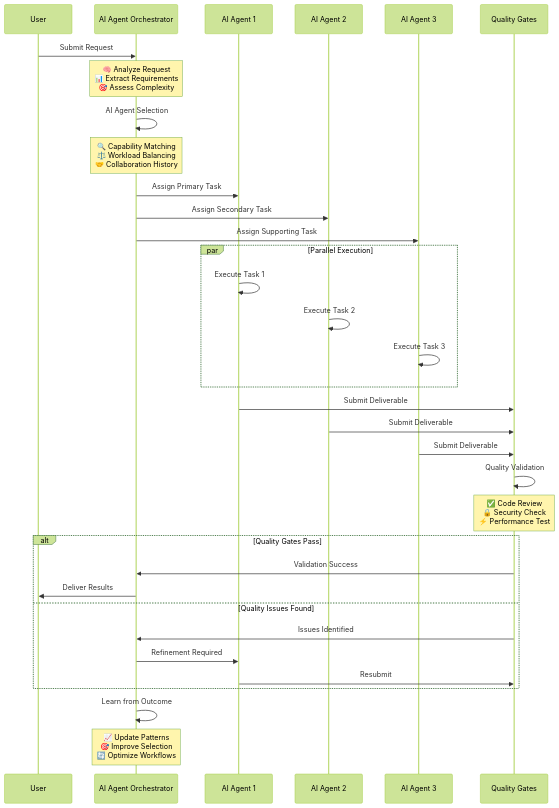
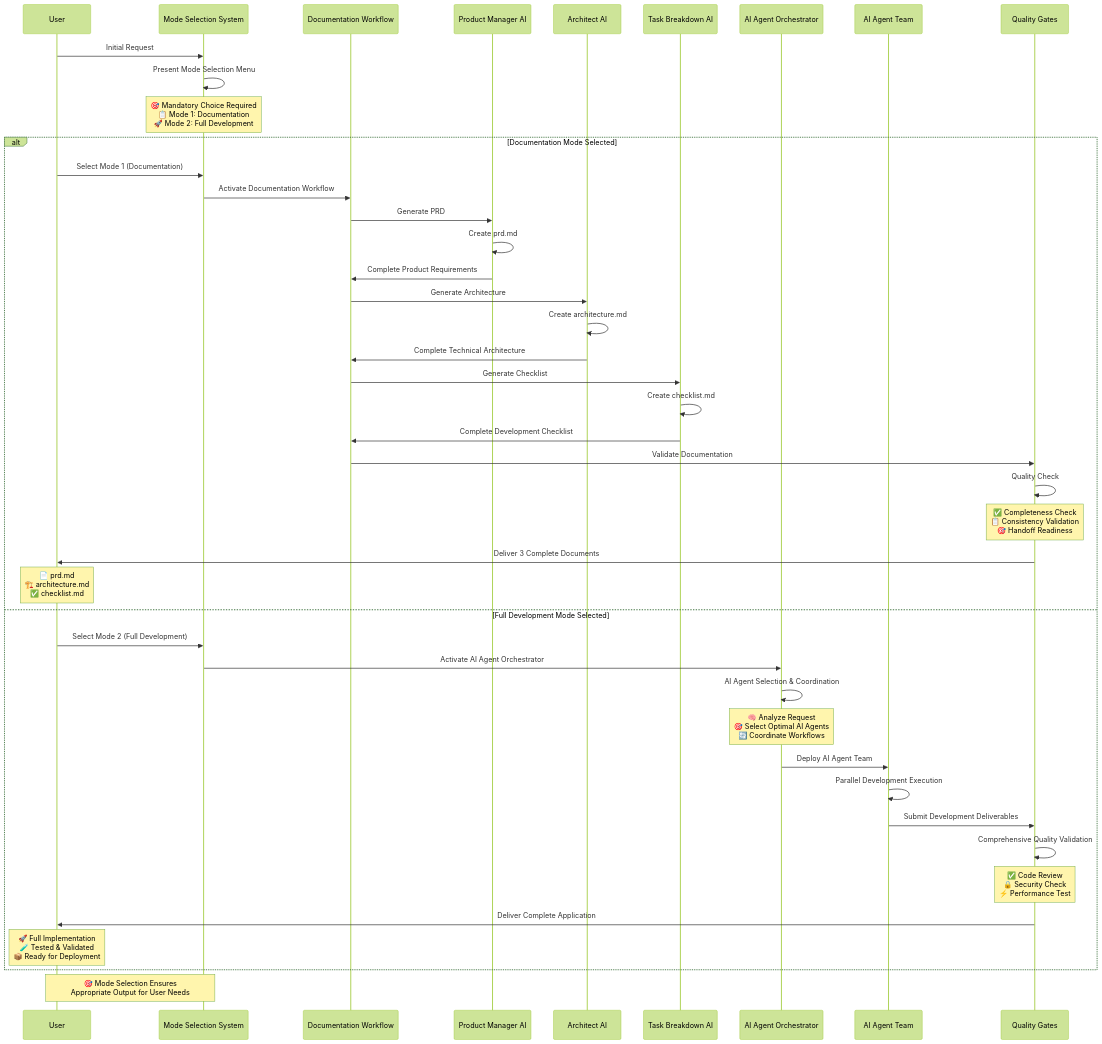
One commit to usemanusai/CodeMAD changed the second of 7 diagrams in README.md. Above: the diagram before and after it, drawn with Mermaid (forest theme). The commit also changed other lines of this file and 6 other files, not shown here.

First line of the commit message:
Add mandatory mode selection system and update documentation workflow

````diff
--- a/README.md
+++ b/README.md
@@ -115,44 +209,59 @@
 ```mermaid
 sequenceDiagram
     participant U as User
+    participant MS as Mode Selection System
+    participant DW as Documentation Workflow
+    participant PM as Product Manager AI
+    participant AR as Architect AI
+    participant TB as Task Breakdown AI
     participant O as AI Agent Orchestrator
-    participant A1 as AI Agent 1
-    participant A2 as AI Agent 2
-    participant A3 as AI Agent 3
+    participant AG as AI Agent Team
     participant QG as Quality Gates
 
-    U->>O: Submit Request
-    Note over O: 🧠 Analyze Request<br/>📊 Extract Requirements<br/>🎯 Assess Complexity
+    U->>MS: Initial Request
+    MS->>MS: Present Mode Selection Menu
+    Note over MS: 🎯 Mandatory Choice Required<br/>📋 Mode 1: Documentation<br/>🚀 Mode 2: Full Development
 
-    O->>O: AI Agent Selection
-    Note over O: 🔍 Capability Matching<br/>⚖️ Workload Balancing<br/>🤝 Collaboration History
+    alt Documentation Mode Selected
+        U->>MS: Select Mode 1 (Documentation)
+        MS->>DW: Activate Documentation Workflow
 
-    O->>A1: Assign Primary Task
-    O->>A2: Assign Secondary Task
-    O->>A3: Assign Supporting Task
+        DW->>PM: Generate PRD
+        PM->>PM: Create prd.md
+        PM->>DW: Complete Product Requirements
 
-    par Parallel Execution
-        A1->>A1: Execute Task 1
-        A2->>A2: Execute Task 2
-        A3->>A3: Execute Task 3
+        DW->>AR: Generate Architecture
+        AR->>AR: Create architecture.md
+        AR->>DW: Complete Technical Architecture
+
+        DW->>TB: Generate Checklist
+        TB->>TB: Create checklist.md
+        TB->>DW: Complete Development Checklist
+
+        DW->>QG: Validate Documentation
+        QG->>QG: Quality Check
+        Note over QG: ✅ Completeness Check<br/>📋 Consistency Validation<br/>🎯 Handoff Readiness
+
+        QG->>U: Deliver 3 Complete Documents
+        Note over U: 📄 prd.md<br/>🏗️ architecture.md<br/>✅ checklist.md
+
+    else Full Development Mode Selected
+        U->>MS: Select Mode 2 (Full Development)
+        MS->>O: Activate AI Agent Orchestrator
+
+        O->>O: AI Agent Selection & Coordination
+        Note over O: 🧠 Analyze Request<br/>🎯 Select Optimal AI Agents<br/>🔄 Coordinate Workflows
+
+        O->>AG: Deploy AI Agent Team
+        AG->>AG: Parallel Development Execution
+
+        AG->>QG: Submit Development Deliverables
+        QG->>QG: Comprehensive Quality Validation
+        Note over QG: ✅ Code Review<br/>🔒 Security Check<br/>⚡ Performance Test
+
+        QG->>U: Deliver Complete Application
+        Note over U: 🚀 Full Implementation<br/>🧪 Tested & Validated<br/>📦 Ready for Deployment
     end
 
-    A1->>QG: Submit Deliverable
-    A2->>QG: Submit Deliverable
-    A3->>QG: Submit Deliverable
-
-    QG->>QG: Quality Validation
-    Note over QG: ✅ Code Review<br/>🔒 Security Check<br/>⚡ Performance Test
-
-    alt Quality Gates Pass
-        QG->>O: Validation Success
-        O->>U: Deliver Results
-    else Quality Issues Found
-        QG->>O: Issues Identified
-        O->>A1: Refinement Required
-        A1->>QG: Resubmit
-    end
-
-    O->>O: Learn from Outcome
-    Note over O: 📈 Update Patterns<br/>🎯 Improve Selection<br/>🔄 Optimize Workflows
+    Note over MS,U: 🎯 Mode Selection Ensures<br/>Appropriate Output for User Needs
 ```
````
